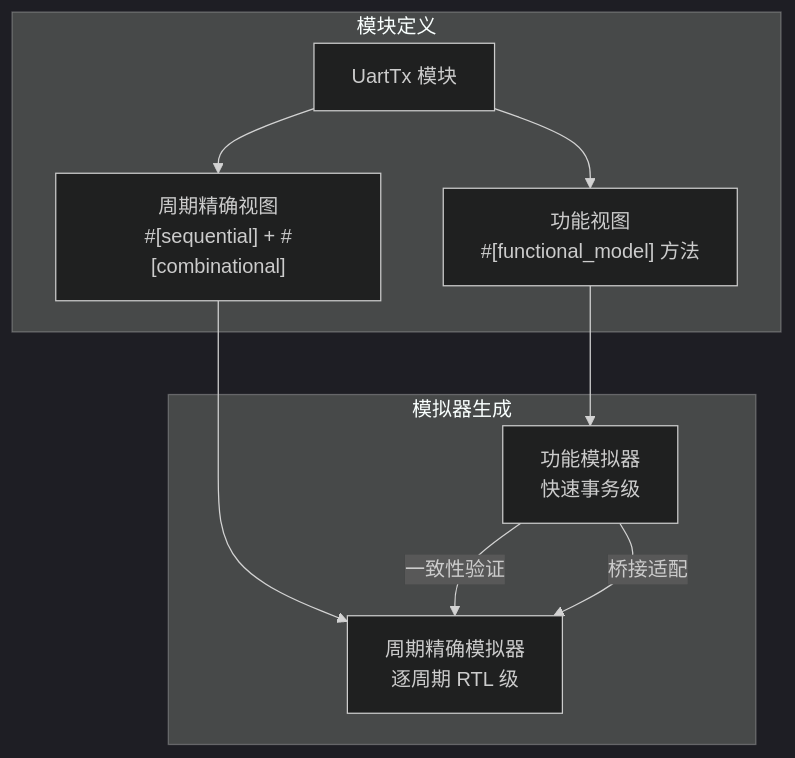
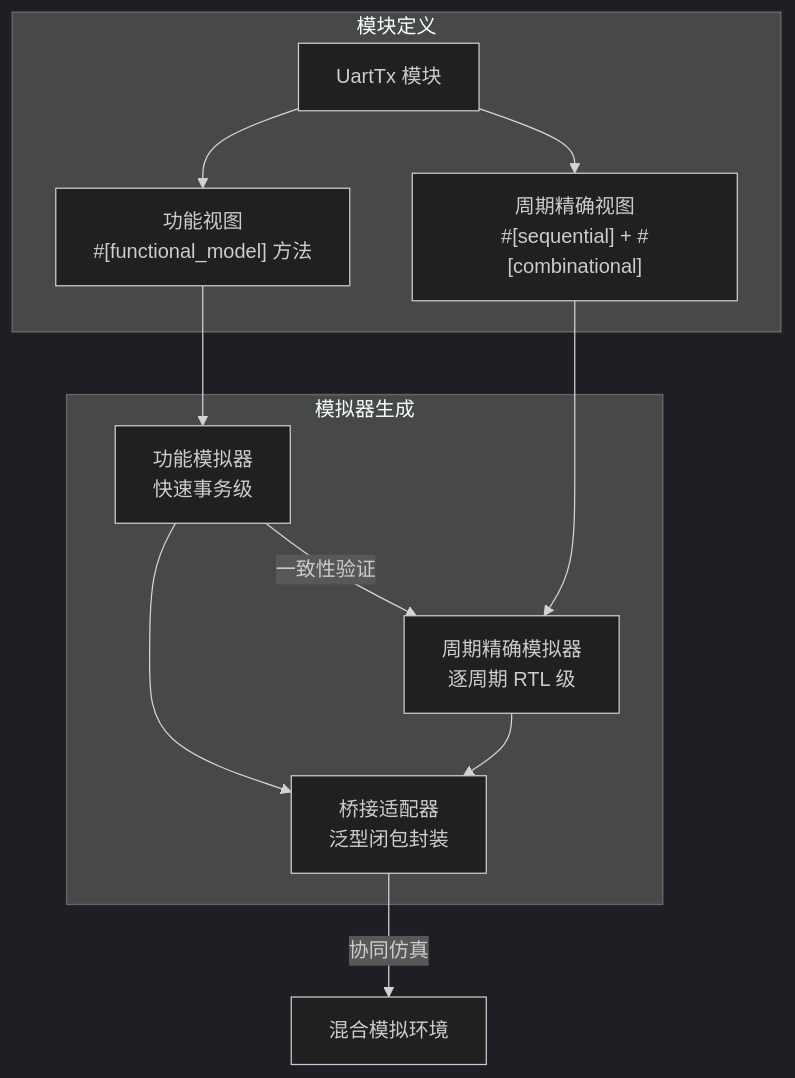
Before and after one commit to TangCan/bitloom: the ninth of 10 diagrams in docs/requirements/1. 项目概述.md, drawn with Mermaid (dark theme). The commit also changed other lines of this file, not shown here.

````diff
--- a/docs/requirements/1. 项目概述.md
+++ b/docs/requirements/1. 项目概述.md
@@ -236,15 +219,16 @@
 ```mermaid
 flowchart TB
     subgraph 模块定义
         A[UartTx 模块]
         A --> B["功能视图<br>#[functional_model] 方法"]
         A --> C["周期精确视图<br>#[sequential] + #[combinational]"]
     end
     subgraph 模拟器生成
         B --> D[功能模拟器<br>快速事务级]
         C --> E[周期精确模拟器<br>逐周期 RTL 级]
+        D --> F[桥接适配器<br>泛型闭包封装]
+        E --> F
     end
     D -->|一致性验证| E
-    D -->|桥接适配| E
-
+    F -->|协同仿真| G[混合模拟环境]
 ```
````
